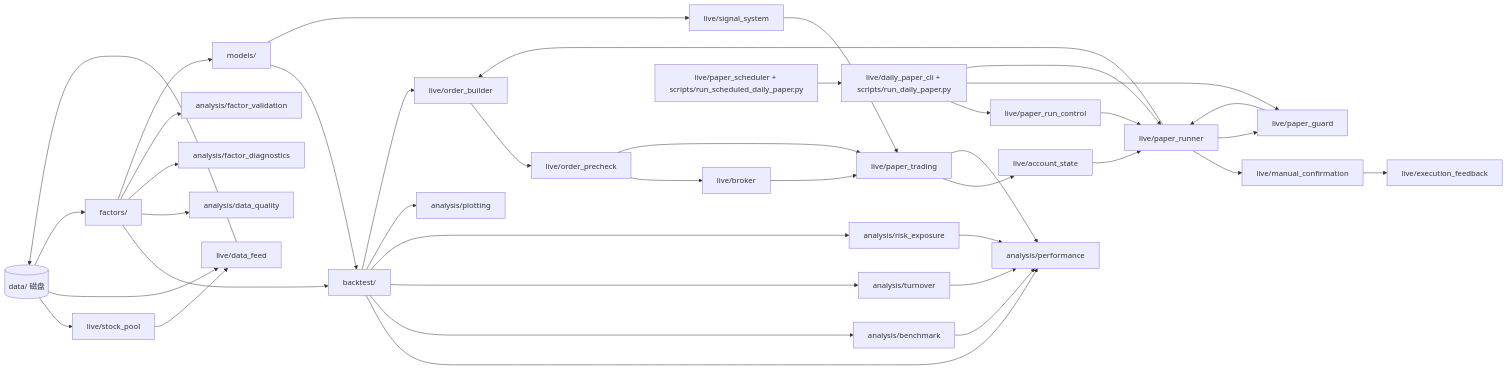
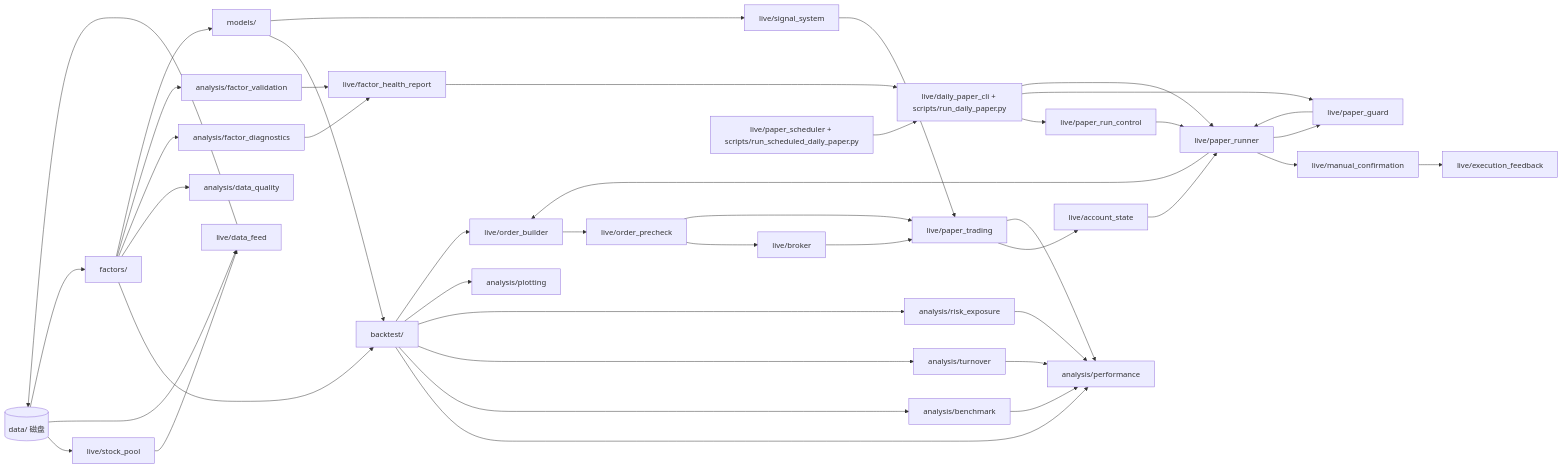
The diagram in docs/CODE_STRUCTURE.md (Mikowong0821/quant_strategy), drawn with Mermaid before and after one commit. The commit also changed other lines of this file and 34 other files, not shown here.

````diff
--- a/docs/CODE_STRUCTURE.md
+++ b/docs/CODE_STRUCTURE.md
@@ -18,70 +18,74 @@
 ```mermaid
 flowchart LR
   data[(data/ 磁盘)]
   pool[live/stock_pool]
   feed[live/data_feed]
   fac[factors/]
   bt[backtest/]
   opt[models/]
   sig[live/signal_system]
   order[live/order_builder]
   precheck[live/order_precheck]
   broker[live/broker]
   paper[live/paper_trading]
   state[live/account_state]
   runner[live/paper_runner]
+  health[live/factor_health_report]
   confirm[live/manual_confirmation]
   feedback[live/execution_feedback]
   guard[live/paper_guard]
   control[live/paper_run_control]
   scheduler[live/paper_scheduler + scripts/run_scheduled_daily_paper.py]
   cli[live/daily_paper_cli + scripts/run_daily_paper.py]
   perf[analysis/performance]
   dq[analysis/data_quality]
   diag[analysis/factor_diagnostics]
   bench[analysis/benchmark]
   turn[analysis/turnover]
   risk[analysis/risk_exposure]
   val[analysis/factor_validation]
   plot[analysis/plotting]
 
   data --> pool
   pool --> feed
   data --> feed
   data --> fac
   feed --> data
   fac --> bt
   fac --> dq
   fac --> diag
   fac --> val
+  diag --> health
+  val --> health
   opt --> bt
   bt --> perf
   bt --> bench
   bt --> turn
   bt --> risk
   bench --> perf
   turn --> perf
   risk --> perf
   bt --> plot
   bt --> order
   order --> precheck
   precheck --> broker
   fac --> opt
   opt --> sig
   precheck --> paper
   broker --> paper
   paper --> state
   state --> runner
   runner --> confirm
   confirm --> feedback
   cli --> control
   cli --> guard
   control --> runner
   guard --> runner
   scheduler --> cli
+  health --> cli
   runner --> guard
   runner --> order
   cli --> runner
   sig --> paper
   paper --> perf
 ```
````
